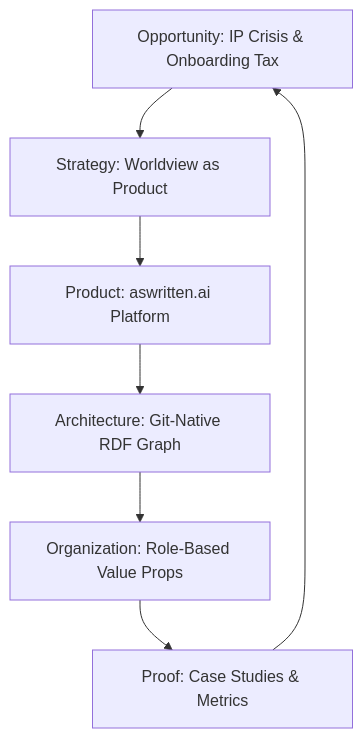
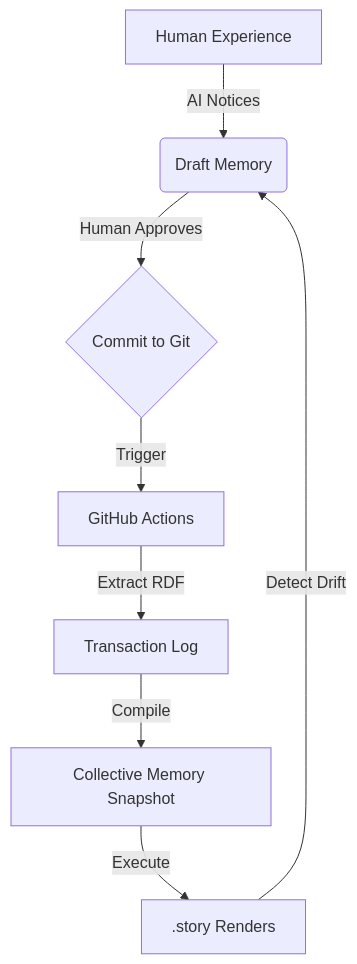
One commit to Aswritten-ai/beta-demo changed the diagram in SUMMARY.md. Above: the diagram before and after it, drawn with Mermaid. The commit also changed other lines of this file, not shown here.

````diff
--- a/SUMMARY.md
+++ b/SUMMARY.md
@@ -32,9 +48,10 @@
 ```mermaid
 graph TD
-    A[Opportunity: IP Crisis & Onboarding Tax] --> B[Strategy: Worldview as Product]
-    B --> C[Product: aswritten.ai Platform]
-    C --> D[Architecture: Git-Native RDF Graph]
-    D --> E[Organization: Role-Based Value Props]
-    E --> F[Proof: Case Studies & Metrics]
-    F --> A
+    A[Human Experience] -->|AI Notices| B(Draft Memory)
+    B -->|Human Approves| C{Commit to Git}
+    C -->|Trigger| D[GitHub Actions]
+    D -->|Extract RDF| E[Transaction Log]
+    E -->|Compile| F[Collective Memory Snapshot]
+    F -->|Execute| G[.story Renders]
+    G -->|Detect Drift| B
 ```
````
